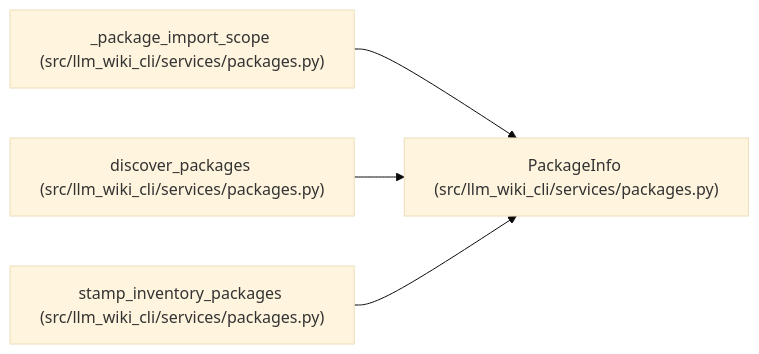
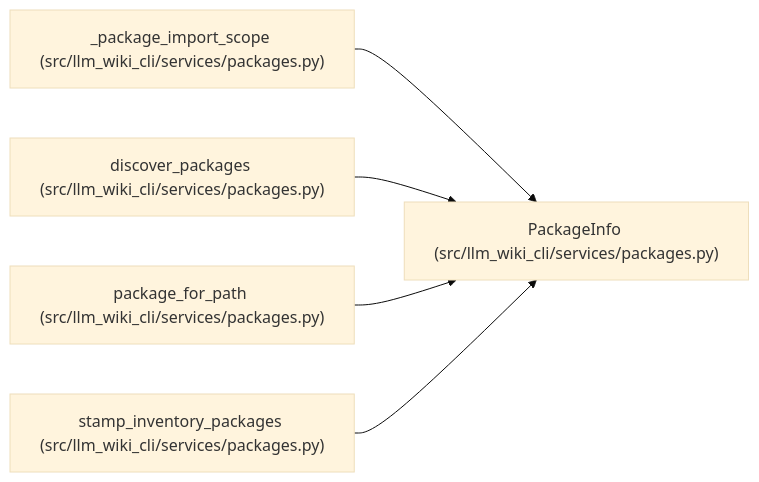
Before and after one commit to Denissvgn/python-wiki-llm: the diagram in docs/llm_wiki/entities/PackageInfo.md, drawn with Mermaid (base theme). The commit also changed other lines of this file and 334 other files, not shown here.

````diff
--- a/docs/llm_wiki/entities/PackageInfo.md
+++ b/docs/llm_wiki/entities/PackageInfo.md
@@ -31,14 +31,17 @@
 ```mermaid
 flowchart LR
     n0["PackageInfo (src/llm_wiki_cli/services/packages.py)"]
     n1["_package_import_scope (src/llm_wiki_cli/services/packages.py)"]
     n2["discover_packages (src/llm_wiki_cli/services/packages.py)"]
-    n3["stamp_inventory_packages (src/llm_wiki_cli/services/packages.py)"]
+    n3["package_for_path (src/llm_wiki_cli/services/packages.py)"]
+    n4["stamp_inventory_packages (src/llm_wiki_cli/services/packages.py)"]
     n1 --> n0
     n2 --> n0
     n3 --> n0
+    n4 --> n0
     click n0 "../modules/packages.md"
     click n1 "../modules/packages.md"
     click n2 "../modules/packages.md"
     click n3 "../modules/packages.md"
+    click n4 "../modules/packages.md"
 ```
````
